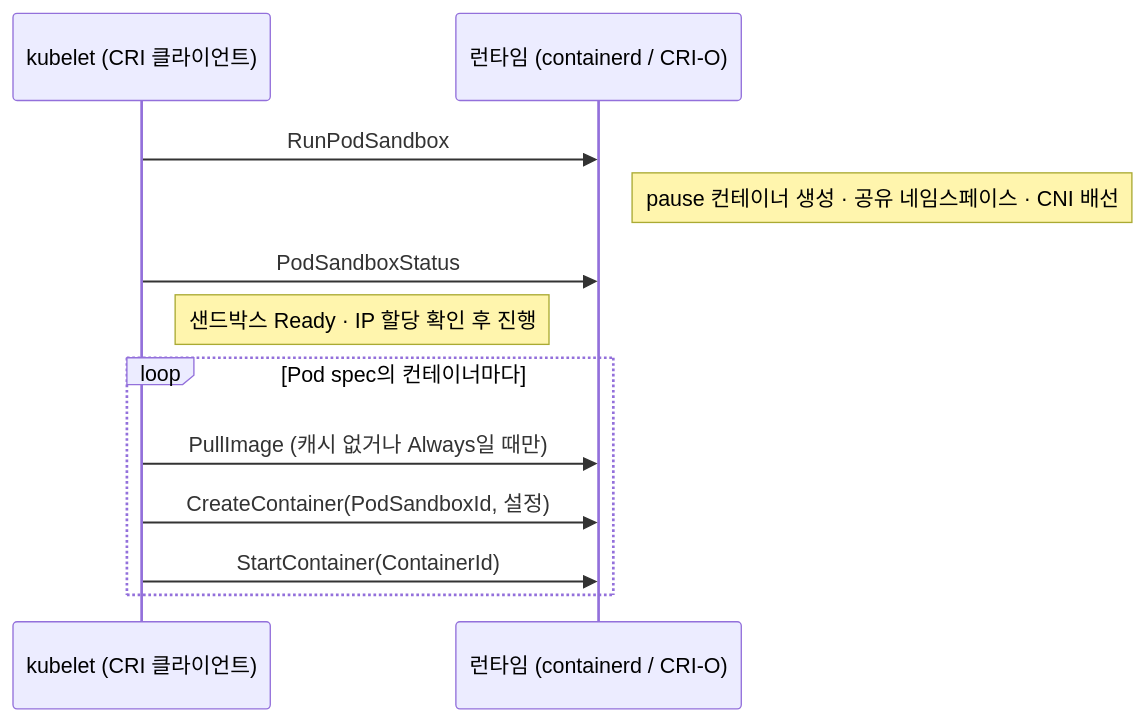
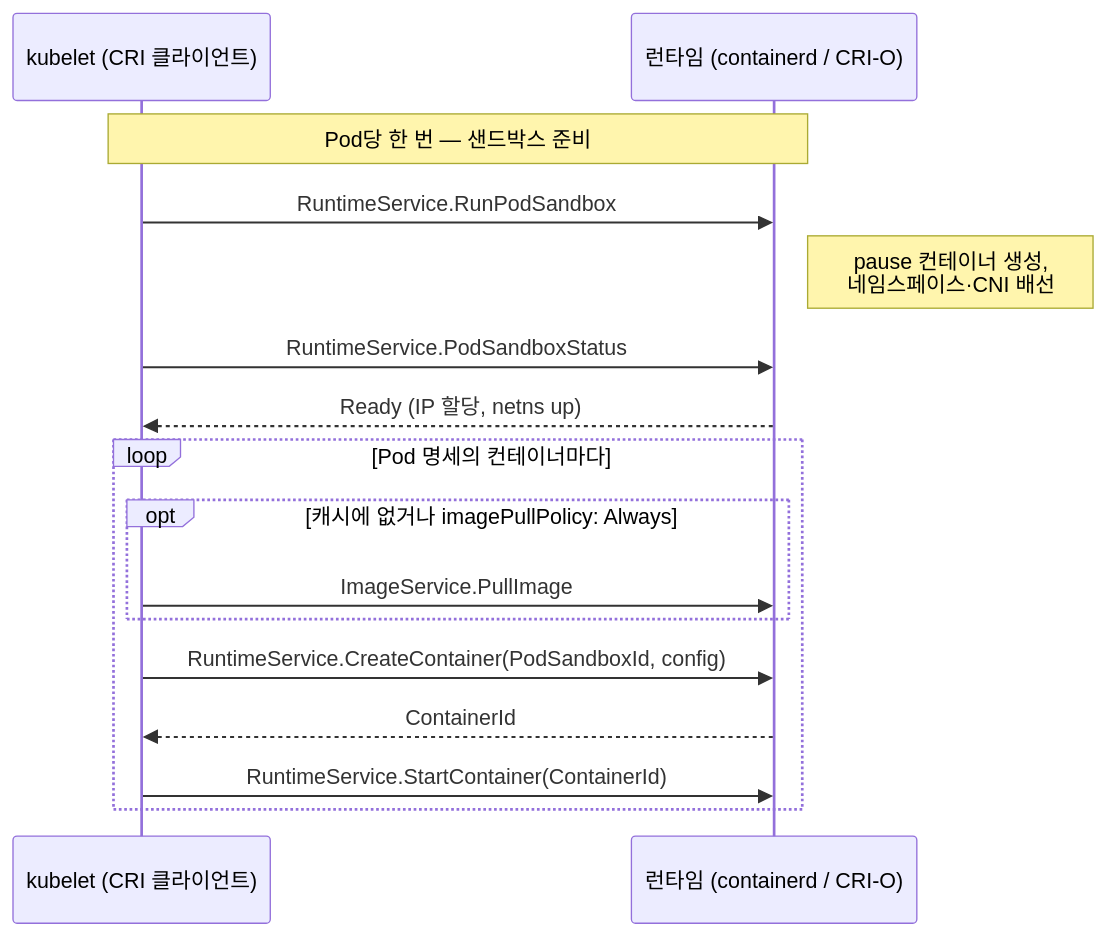
Before and after one commit to hongjeZZ/hongjeZZ.github.io: the second of 2 diagrams in _posts/2026-07-03-container-runtime-execution.md, drawn with Mermaid. The commit also changed other lines of this file, not shown here.

First line of the commit message:
refactor(post): 컨테이너 런타임 실행 경로 난이도 계단 적용 (§2.5) (#16)

````diff
--- a/_posts/2026-07-03-container-runtime-execution.md
+++ b/_posts/2026-07-03-container-runtime-execution.md
@@ -143,14 +163,20 @@
 ```mermaid
 sequenceDiagram
     participant K as kubelet (CRI 클라이언트)
     participant R as 런타임 (containerd / CRI-O)
-    K->>R: RunPodSandbox
-    Note right of R: pause 컨테이너 생성 · 공유 네임스페이스 · CNI 배선
-    K->>R: PodSandboxStatus
-    Note right of K: 샌드박스 Ready · IP 할당 확인 후 진행
-    loop Pod spec의 컨테이너마다
-        K->>R: PullImage (캐시 없거나 Always일 때만)
-        K->>R: CreateContainer(PodSandboxId, 설정)
-        K->>R: StartContainer(ContainerId)
+
+    Note over K,R: Pod당 한 번 — 샌드박스 준비
+    K->>R: RuntimeService.RunPodSandbox
+    Note right of R: pause 컨테이너 생성,<br/>네임스페이스·CNI 배선
+    K->>R: RuntimeService.PodSandboxStatus
+    R-->>K: Ready (IP 할당, netns up)
+
+    loop Pod 명세의 컨테이너마다
+        opt 캐시에 없거나 imagePullPolicy: Always
+            K->>R: ImageService.PullImage
+        end
+        K->>R: RuntimeService.CreateContainer(PodSandboxId, config)
+        R-->>K: ContainerId
+        K->>R: RuntimeService.StartContainer(ContainerId)
     end
 ```
````
